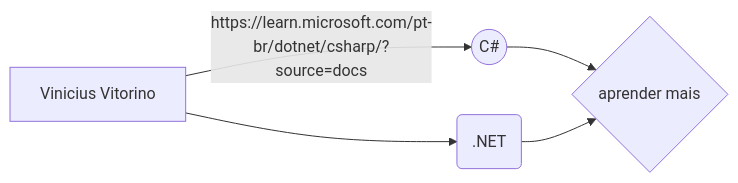
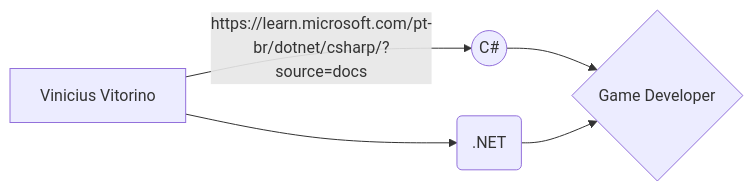
One commit to ViniciusVitorinoSantos/EstudosCS changed the diagram in README.md. Above: the diagram before and after it, drawn with Mermaid.

````diff
--- a/README.md
+++ b/README.md
@@ -4,7 +4,7 @@
 ```mermaid
 graph LR
 A[Vinicius Vitorino] -- https://learn.microsoft.com/pt-br/dotnet/csharp/?source=docs --> B((C#))
 A --> C(.NET)
-B --> D{aprender mais}
+B --> D{Game Developer}
 C --> D
 ```
````
